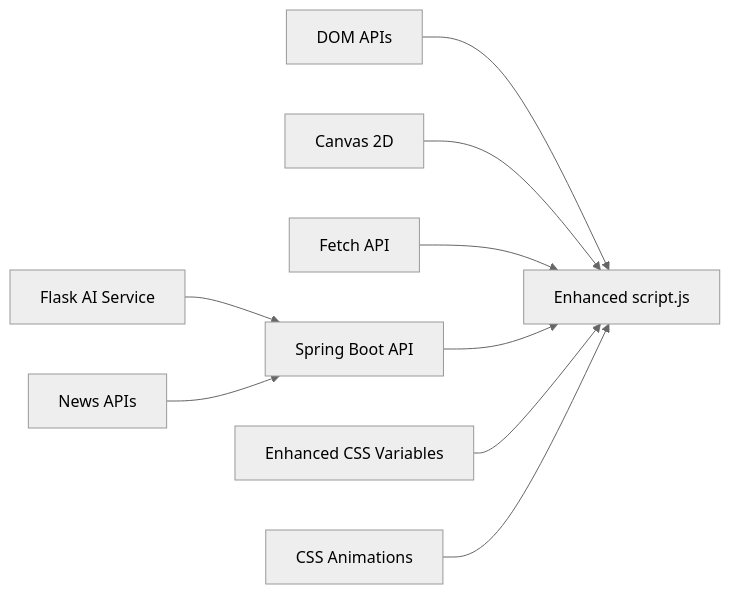
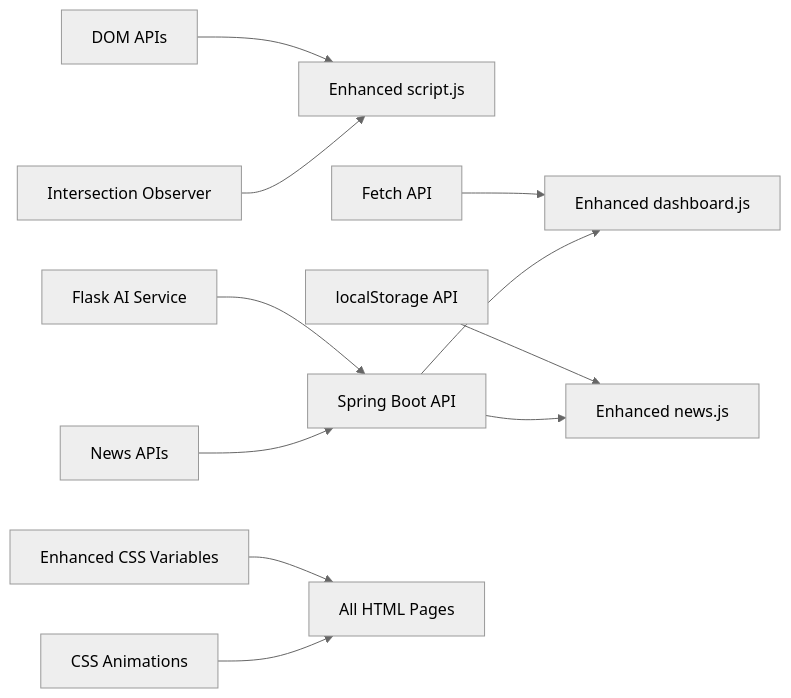
Before and after one commit to ayushtiwari1526/TheReinforcers_AyushTiwari: the sixth of 6 diagrams in .qoder/repowiki/en/content/JavaScript Implementation.md, drawn with Mermaid (neutral theme). The commit also changed other lines of this file and 16 other files, not shown here.

````diff
--- a/.qoder/repowiki/en/content/JavaScript Implementation.md
+++ b/.qoder/repowiki/en/content/JavaScript Implementation.md
@@ -305,11 +305,13 @@
 ```mermaid
 graph LR
 DOM["DOM APIs"] --> Script["Enhanced script.js"]
-Canvas["Canvas 2D"] --> Script
-REST["Fetch API"] --> Script
-Backend["Spring Boot API"] --> Script
+LocalStorage["localStorage API"] --> NewsJS["Enhanced news.js"]
+Fetch["Fetch API"] --> DashboardJS["Enhanced dashboard.js"]
+Backend["Spring Boot API"] --> DashboardJS
+Backend --> NewsJS
 Flask["Flask AI Service"] --> Backend
 NewsAPI["News APIs"] --> Backend
-CSSVars["Enhanced CSS Variables"] --> Script
-Animations["CSS Animations"] --> Script
+CSSVars["Enhanced CSS Variables"] --> AllPages["All HTML Pages"]
+Animations["CSS Animations"] --> AllPages
+IntersectionObserver["Intersection Observer"] --> Script
 ```
````
